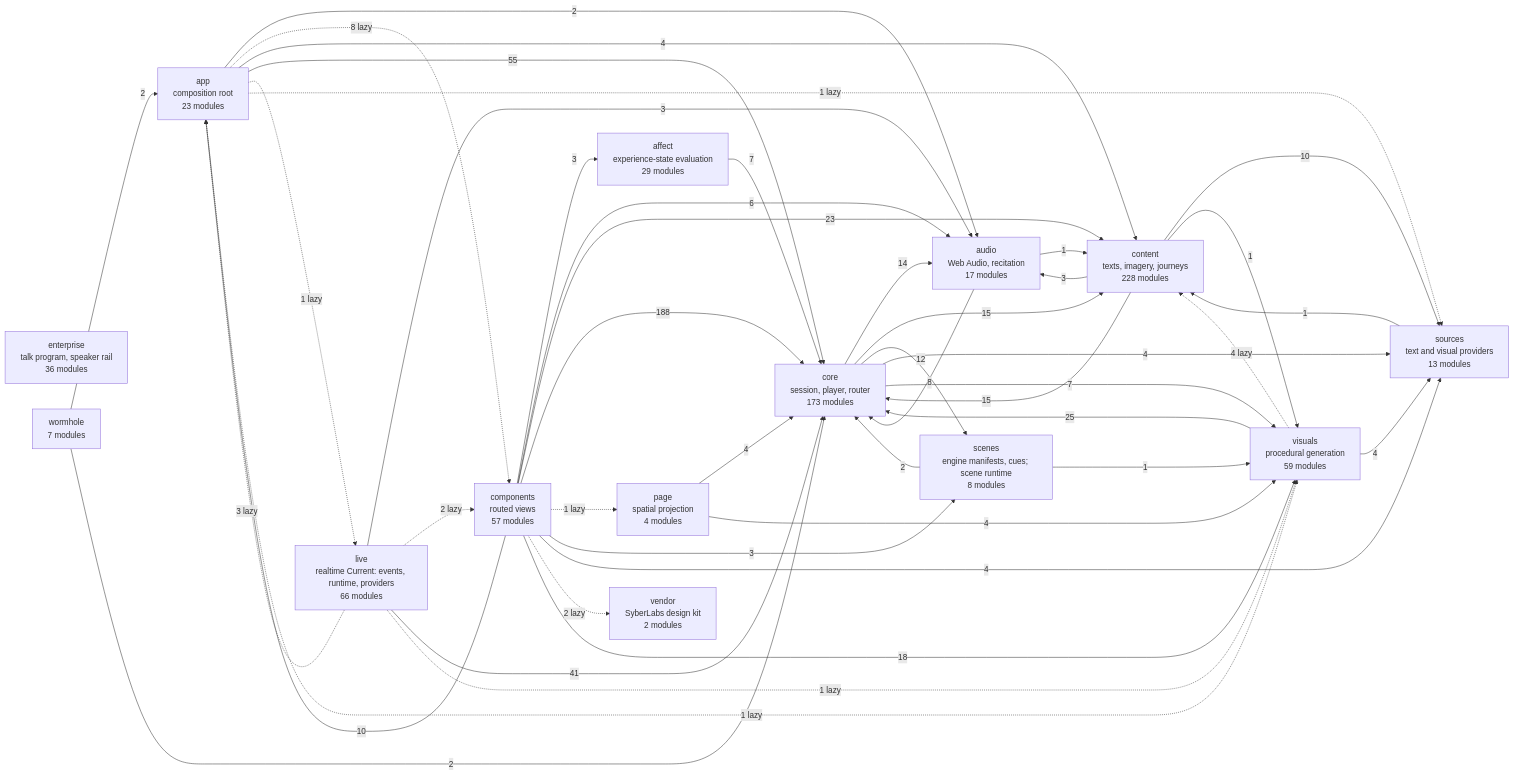
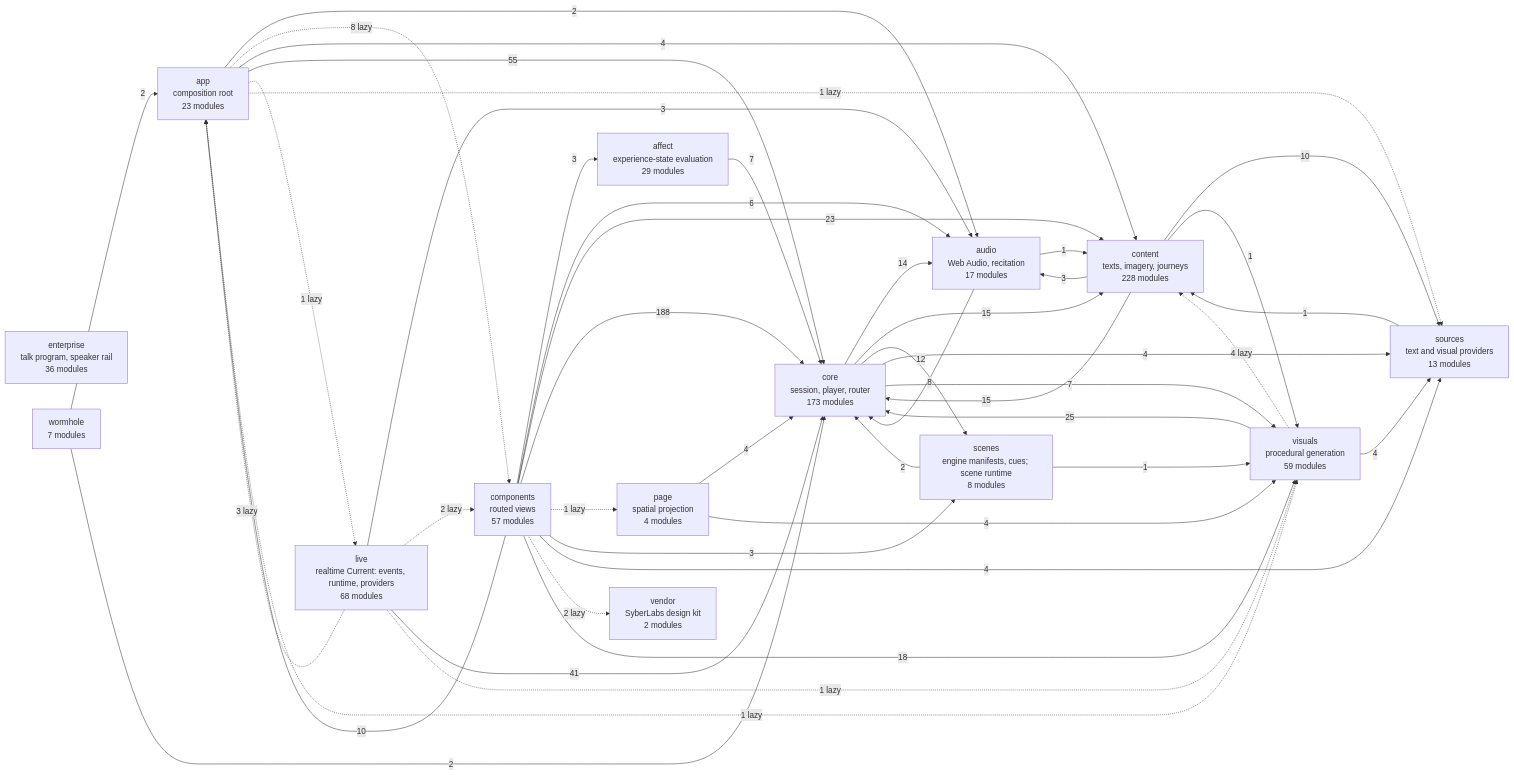
Before and after one commit to SyberLabs/RISE: the diagram in docs/specs/ARCHITECTURE.md, drawn with Mermaid. The commit also changed 15 other files, not shown here.

````diff
--- a/docs/specs/ARCHITECTURE.md
+++ b/docs/specs/ARCHITECTURE.md
@@ -161,62 +161,62 @@
 ```mermaid
 flowchart LR
     affect["affect<br/>experience-state evaluation<br/>29 modules"]
     app["app<br/>composition root<br/>23 modules"]
     audio["audio<br/>Web Audio, recitation<br/>17 modules"]
     components["components<br/>routed views<br/>57 modules"]
     content["content<br/>texts, imagery, journeys<br/>228 modules"]
     core["core<br/>session, player, router<br/>173 modules"]
     enterprise["enterprise<br/>talk program, speaker rail<br/>36 modules"]
-    live["live<br/>realtime Current: events, runtime, providers<br/>66 modules"]
+    live["live<br/>realtime Current: events, runtime, providers<br/>68 modules"]
     page["page<br/>spatial projection<br/>4 modules"]
     scenes["scenes<br/>engine manifests, cues; scene runtime<br/>8 modules"]
     sources["sources<br/>text and visual providers<br/>13 modules"]
     vendor["vendor<br/>SyberLabs design kit<br/>2 modules"]
     visuals["visuals<br/>procedural generation<br/>59 modules"]
     wormhole["wormhole<br/>7 modules"]
 
     affect --> |7| core
     app --> |2| audio
     app -.-> |8 lazy| components
     app --> |4| content
     app --> |55| core
     app -.-> |1 lazy| live
     app -.-> |1 lazy| sources
     app -.-> |1 lazy| visuals
     audio --> |1| content
     audio --> |8| core
     components --> |3| affect
     components --> |10| app
     components --> |6| audio
     components --> |23| content
     components --> |188| core
     components -.-> |1 lazy| page
     components --> |3| scenes
     components --> |4| sources
     components -.-> |2 lazy| vendor
     components --> |18| visuals
     content --> |3| audio
     content --> |15| core
     content --> |10| sources
     content --> |1| visuals
     core --> |14| audio
     core --> |15| content
     core --> |12| scenes
     core --> |4| sources
     core --> |7| visuals
     live -.-> |3 lazy| app
     live --> |3| audio
     live -.-> |2 lazy| components
     live --> |41| core
     live -.-> |1 lazy| visuals
     page --> |4| core
     page --> |4| visuals
     scenes --> |2| core
     scenes --> |1| visuals
     sources --> |1| content
     visuals -.-> |4 lazy| content
     visuals --> |25| core
     visuals --> |4| sources
     wormhole --> |2| app
     wormhole --> |2| core
 ```
````
